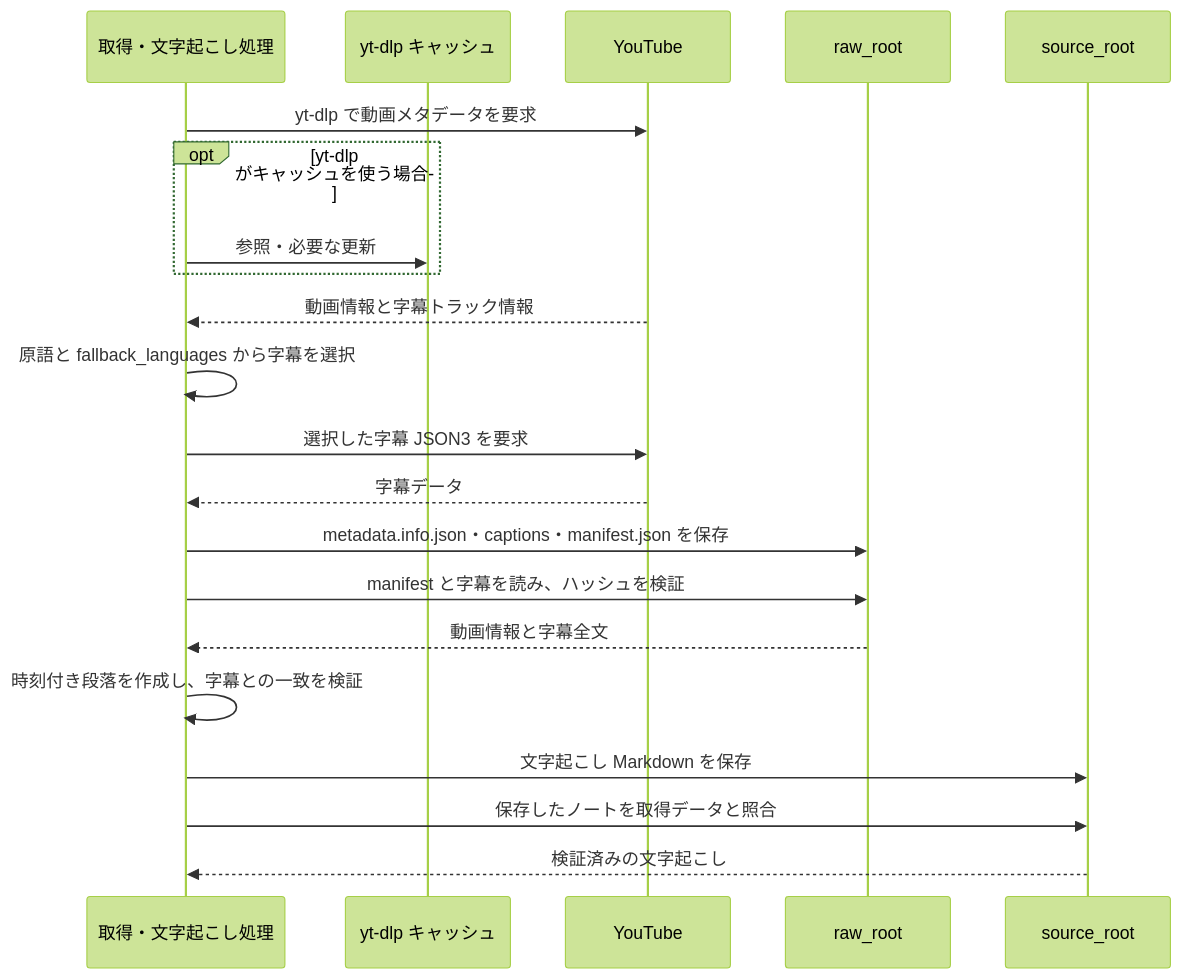
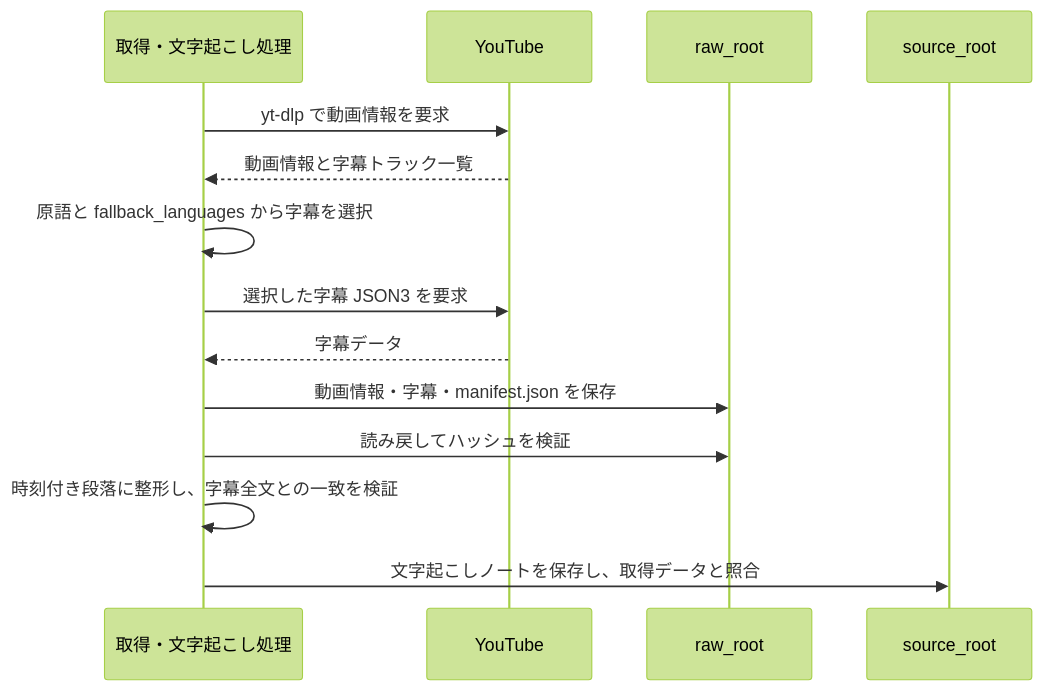
Before and after one commit to tuckn/tkn_youtube_note_pipeline: the third of 5 diagrams in README.md, drawn with Mermaid (forest theme). The commit also changed other lines of this file, not shown here.

````diff
--- a/README.md
+++ b/README.md
@@ -568,24 +606,17 @@
 ```mermaid
 sequenceDiagram
     participant App as 取得・文字起こし処理
-    participant Cache as yt-dlp キャッシュ
     participant YouTube as YouTube
     participant Raw as raw_root
     participant Source as source_root
 
-    App->>YouTube: yt-dlp で動画メタデータを要求
-    opt yt-dlp がキャッシュを使う場合
-        App->>Cache: 参照・必要な更新
-    end
-    YouTube-->>App: 動画情報と字幕トラック情報
+    App->>YouTube: yt-dlp で動画情報を要求
+    YouTube-->>App: 動画情報と字幕トラック一覧
     App->>App: 原語と fallback_languages から字幕を選択
     App->>YouTube: 選択した字幕 JSON3 を要求
     YouTube-->>App: 字幕データ
-    App->>Raw: metadata.info.json・captions・manifest.json を保存
-    App->>Raw: manifest と字幕を読み、ハッシュを検証
-    Raw-->>App: 動画情報と字幕全文
-    App->>App: 時刻付き段落を作成し、字幕との一致を検証
-    App->>Source: 文字起こし Markdown を保存
-    App->>Source: 保存したノートを取得データと照合
-    Source-->>App: 検証済みの文字起こし
+    App->>Raw: 動画情報・字幕・manifest.json を保存
+    App->>Raw: 読み戻してハッシュを検証
+    App->>App: 時刻付き段落に整形し、字幕全文との一致を検証
+    App->>Source: 文字起こしノートを保存し、取得データと照合
 ```
````
